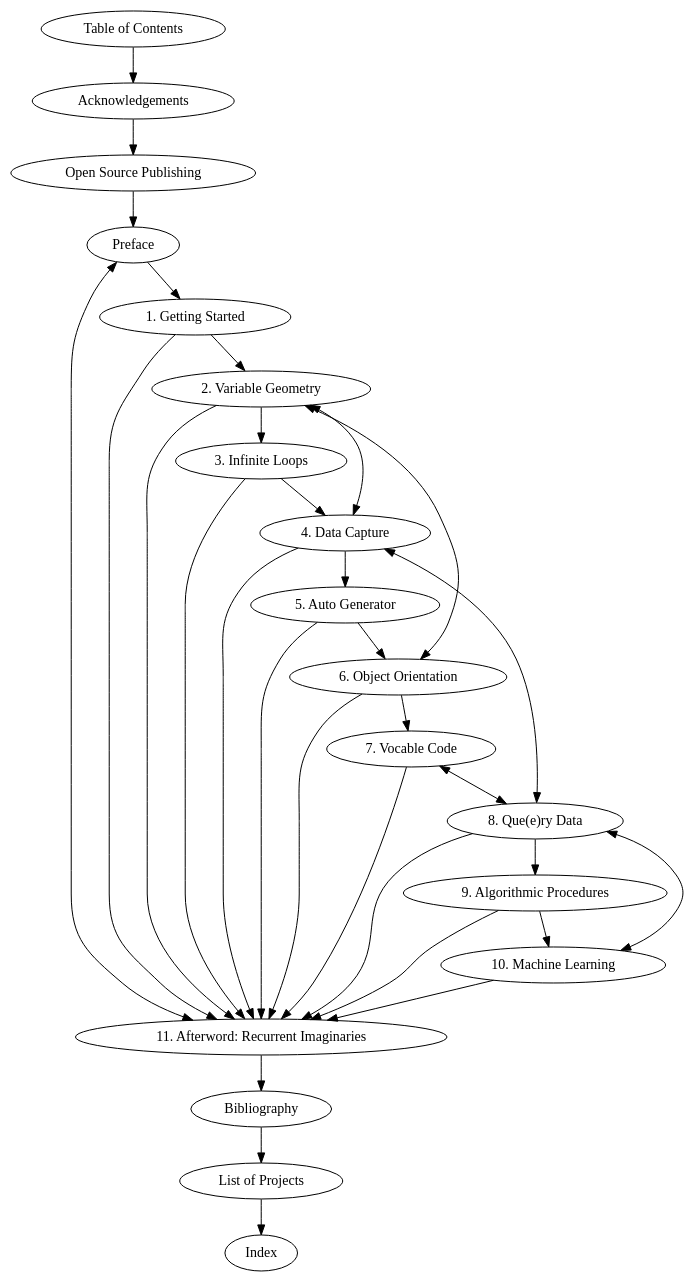
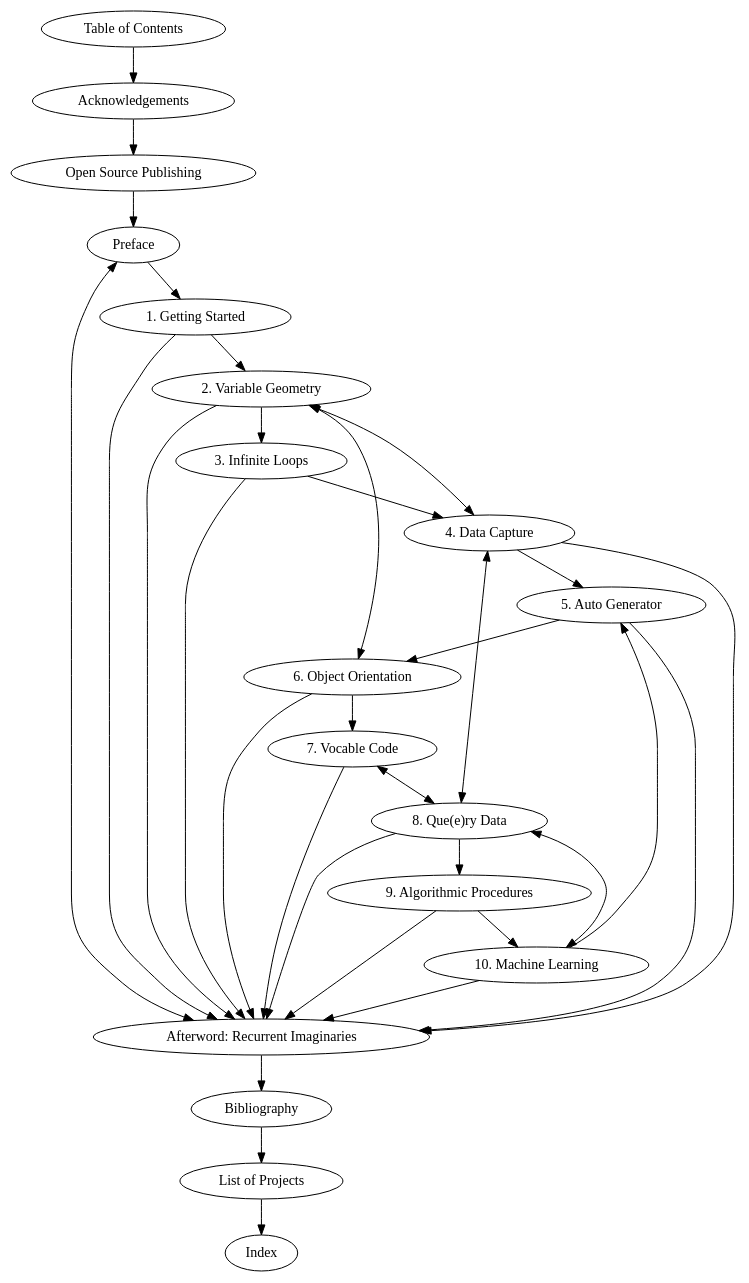
One commit to danbz/aesthetic-programming changed the diagram in graphviz/TOC.dot. Above: the diagram before and after it, drawn with Graphviz. The commit also changed 1 other file, not shown here.

Commit message:
update toc graphviz

```diff
--- a/graphviz/TOC.dot
+++ b/graphviz/TOC.dot
@@ -1,30 +1,31 @@
 digraph toc {
 
 TOC [label="Table of Contents"]
 Ack [label="Acknowledgements"]
 OSP [label="Open Source Publishing"]
 0[label="Preface"]
 1 [label="1. Getting Started"]
 2 [label="2. Variable Geometry"]
 3 [label="3. Infinite Loops"]
 4 [label="4. Data Capture"]
 5 [label="5. Auto Generator"]
 6 [label="6. Object Orientation"]
 7 [label="7. Vocable Code"]
 8 [label="8. Que(e)ry Data"]
 9 [label="9. Algorithmic Procedures"]
 10 [label="10. Machine Learning"]
-11 [label="11. Afterword: Recurrent Imaginaries"]
+11 [label="Afterword: Recurrent Imaginaries"]
 Bi [label="Bibliography"]
 Project [label="List of Projects"]
 Ind [label="Index"]
 
 //graph
 TOC -> Ack -> OSP -> 0 -> 1 -> 2 -> 3 -> 4 -> 5 -> 6 -> 7;
 7 -> 8 [dir=both];
 8 -> 9 -> 10 -> 11 -> Bi -> Project -> Ind;
 0 -> 11 [dir=both];
 2 -> 6 [dir=both];
 1,2,3,4,5,6,7,8,9 -> 11;
+10 -> 5;
 2 -> 4 -> 8 -> 10[dir=both];
 }
```
